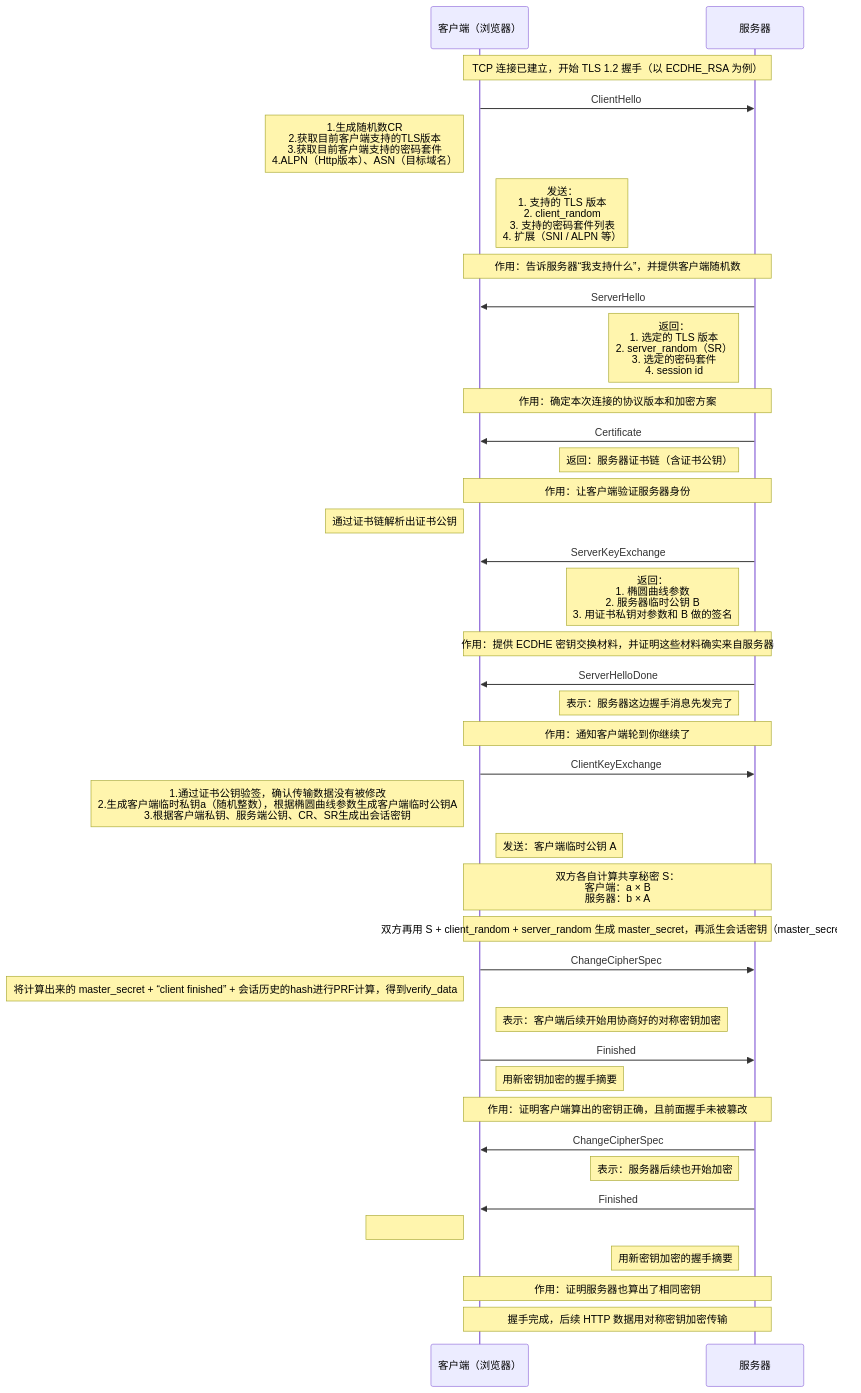
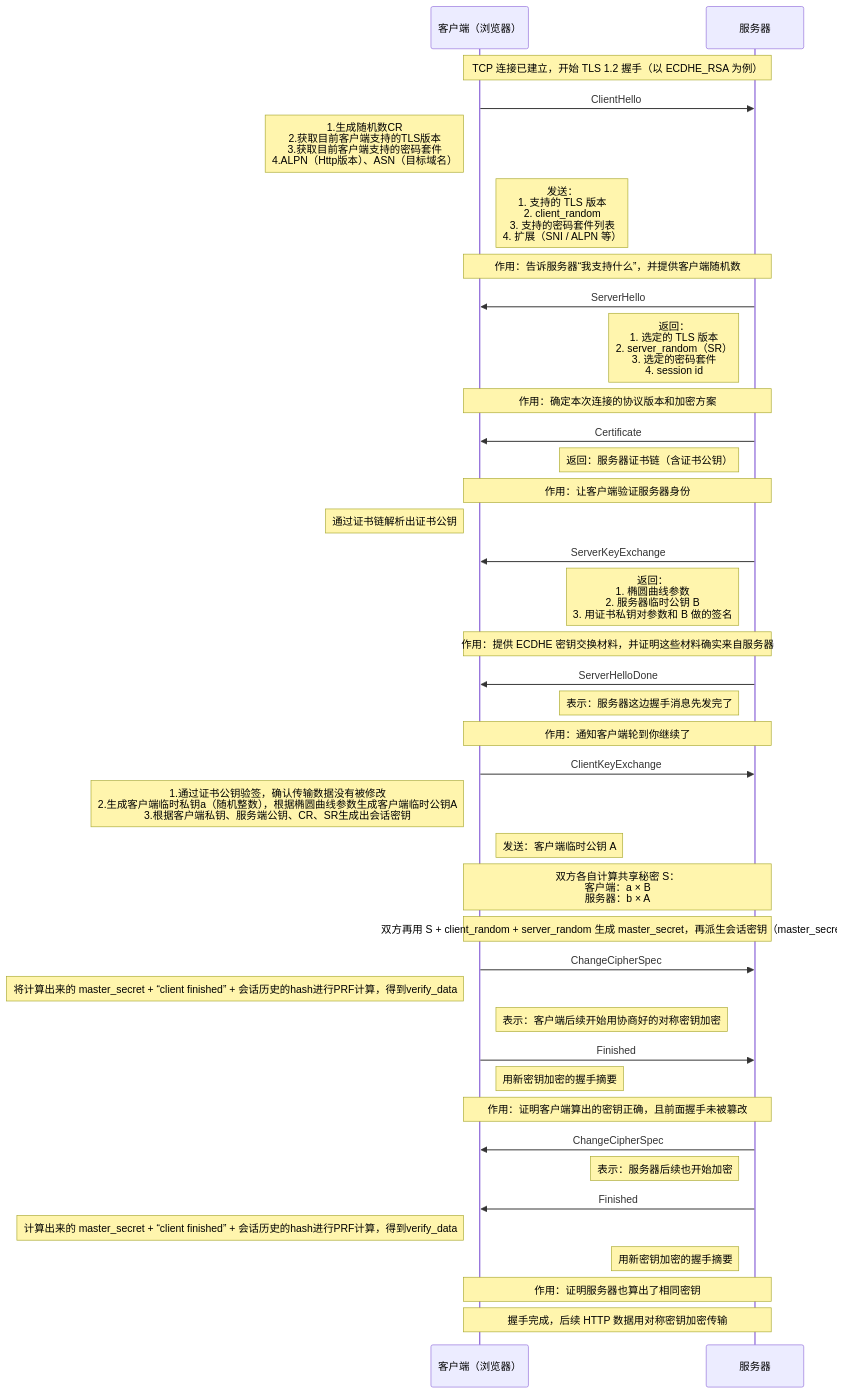
Before and after one commit to HY-10-8/iodraw-files: the diagram in all/TLS-1.2-ECDHE.md, drawn with Mermaid.

Commit message:
2026-03-30 17:28:14 update

````diff
--- a/all/TLS-1.2-ECDHE.md
+++ b/all/TLS-1.2-ECDHE.md
@@ -1,54 +1,54 @@
 ```mermaid
 sequenceDiagram
     participant C as 客户端（浏览器）
     participant S as 服务器
 
     Note over C,S: TCP 连接已建立，开始 TLS 1.2 握手（以 ECDHE_RSA 为例）
 
     C->>S: ClientHello
     Note left of C: 1.生成随机数CR<br/> 2.获取目前客户端支持的TLS版本<br/> 3.获取目前客户端支持的密码套件<br/> 4.ALPN（Http版本）、ASN（目标域名）
     Note right of C: 发送：<br/>1. 支持的 TLS 版本<br/>2. client_random<br/>3. 支持的密码套件列表<br/>4. 扩展（SNI / ALPN 等）
     Note over C,S: 作用：告诉服务器“我支持什么”，并提供客户端随机数
 
     S->>C: ServerHello
     Note left of S: 返回：<br/>1. 选定的 TLS 版本<br/>2. server_random（SR）<br/>3. 选定的密码套件<br/>4. session id
     Note over C,S: 作用：确定本次连接的协议版本和加密方案
 
     S->>C: Certificate
     Note left of S: 返回：服务器证书链（含证书公钥）
     Note over C,S: 作用：让客户端验证服务器身份
     Note left of C: 通过证书链解析出证书公钥
 
     S->>C: ServerKeyExchange
     Note left of S: 返回：<br/>1. 椭圆曲线参数<br/>2. 服务器临时公钥 B<br/>3. 用证书私钥对参数和 B 做的签名
     Note over C,S: 作用：提供 ECDHE 密钥交换材料，并证明这些材料确实来自服务器
 
     S->>C: ServerHelloDone
     Note left of S: 表示：服务器这边握手消息先发完了
     Note over C,S: 作用：通知客户端轮到你继续了
 
     C->>S: ClientKeyExchange
     Note left of C: 1.通过证书公钥验签，确认传输数据没有被修改<br/> 2.生成客户端临时私钥a（随机整数），根据椭圆曲线参数生成客户端临时公钥A<br/> 3.根据客户端私钥、服务端公钥、CR、SR生成出会话密钥
     Note right of C: 发送：客户端临时公钥 A
     Note over C,S: 双方各自计算共享秘密 S：<br/>客户端：a × B<br/>服务器：b × A
 
     Note over C,S: 双方再用 S + client_random + server_random 生成 master_secret，再派生会话密钥（master_secret）
 
     C->>S: ChangeCipherSpec
     Note left of C: 将计算出来的 master_secret + “client finished” + 会话历史的hash进行PRF计算，得到verify_data
     Note right of C: 表示：客户端后续开始用协商好的对称密钥加密
 
     C->>S: Finished
     Note right of C: 用新密钥加密的握手摘要
     Note over C,S: 作用：证明客户端算出的密钥正确，且前面握手未被篡改
 
     S->>C: ChangeCipherSpec
     Note left of S: 表示：服务器后续也开始加密
 
     S->>C: Finished
-    Note left of C: 
+    Note left of C: 计算出来的 master_secret + “client finished” + 会话历史的hash进行PRF计算，得到verify_data
     Note left of S: 用新密钥加密的握手摘要
     Note over C,S: 作用：证明服务器也算出了相同密钥
 
     Note over C,S: 握手完成，后续 HTTP 数据用对称密钥加密传输
 ```
````
